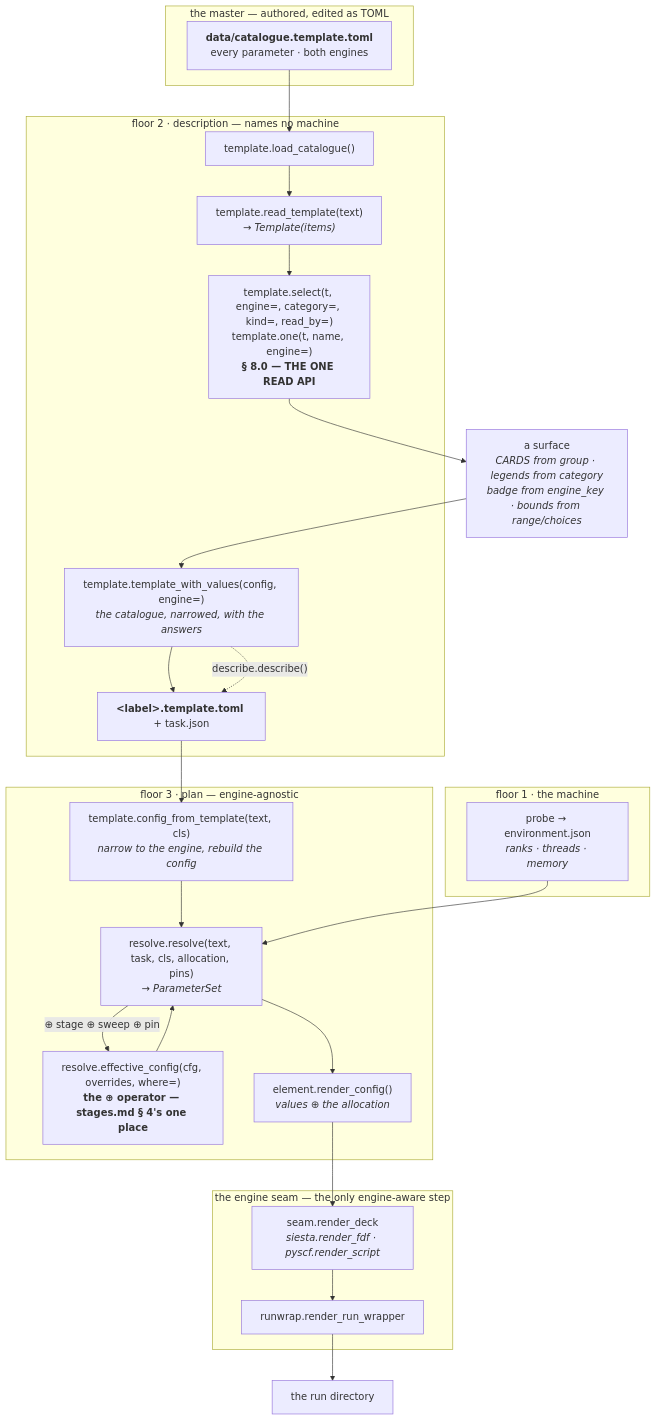
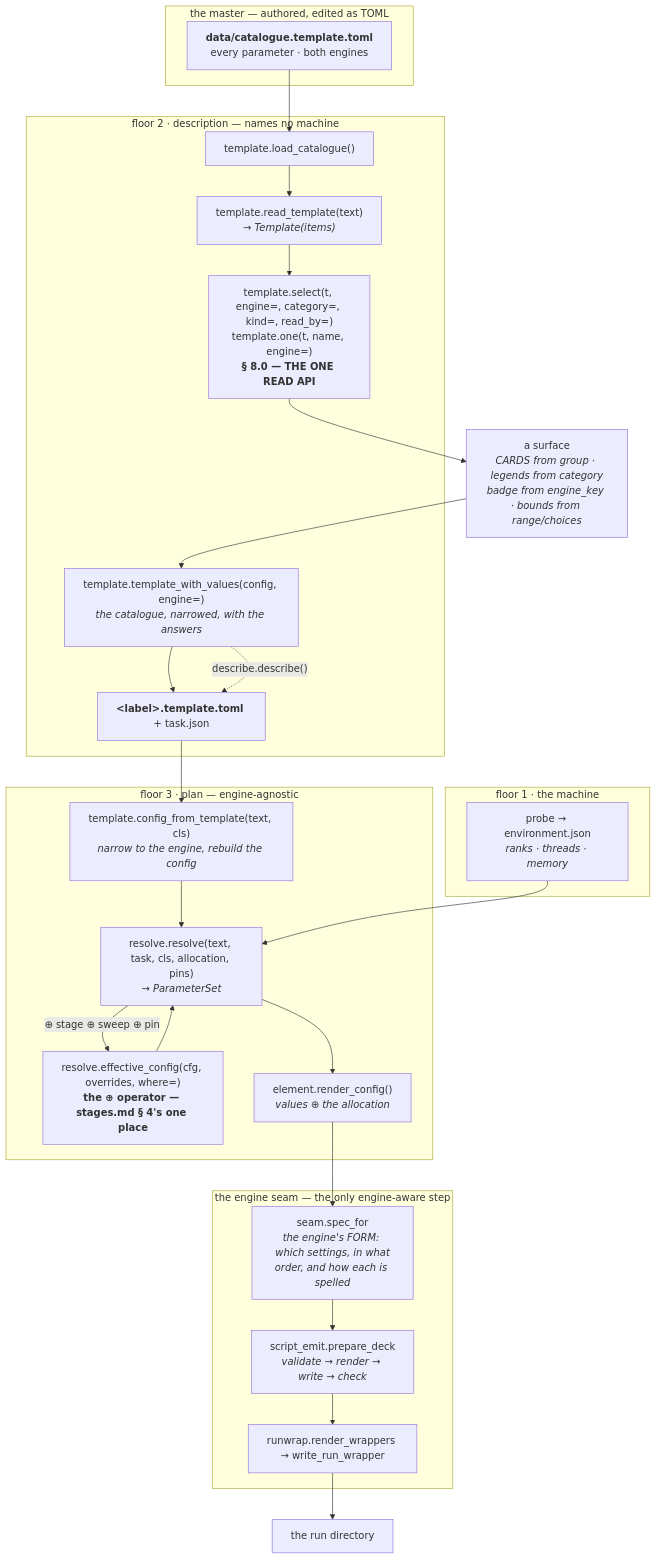
One commit to Qing-LAB/molbuilder changed the sixth of 9 diagrams in docs/engines/template.md. Above: the diagram before and after it, drawn with Mermaid. The commit also changed other lines of this file and 106 other files, not shown here.

First line of the commit message:
refactor(prep): the seam carries the engine's FORM, and the layout is a table

````diff
--- a/docs/engines/template.md
+++ b/docs/engines/template.md
@@ -1621,40 +1676,41 @@
 ```mermaid
 flowchart TD
     subgraph F0["the master — authored, edited as TOML"]
       CAT["<b>data/catalogue.template.toml</b><br/>every parameter · both engines"]
     end
 
     subgraph F2["floor 2 · description — names no machine"]
       LOAD["template.load_catalogue()"]
       READ["template.read_template(text)<br/><i>→ Template(items)</i>"]
       SEL["template.select(t, engine=, category=, kind=, read_by=)<br/>template.one(t, name, engine=)<br/><b>§ 8.0 — THE ONE READ API</b>"]
       TWV["template.template_with_values(config, engine=)<br/><i>the catalogue, narrowed, with the answers</i>"]
       TPL["<b>&lt;label&gt;.template.toml</b> + task.json"]
     end
 
     subgraph F1["floor 1 · the machine"]
       ENV["probe → environment.json<br/><i>ranks · threads · memory</i>"]
     end
 
     subgraph F3["floor 3 · plan — engine-agnostic"]
       CFT["template.config_from_template(text, cls)<br/><i>narrow to the engine, rebuild the config</i>"]
       EFF["resolve.effective_config(cfg, overrides, where=)<br/><b>the ⊕ operator — stages.md § 4's one place</b>"]
       RES["resolve.resolve(text, task, cls, allocation, pins)<br/><i>→ ParameterSet</i>"]
       RC["element.render_config()<br/><i>values ⊕ the allocation</i>"]
     end
 
     subgraph FE["the engine seam — the only engine-aware step"]
-      DECK["seam.render_deck<br/><i>siesta.render_fdf · pyscf.render_script</i>"]
-      WRAP["runwrap.render_run_wrapper"]
+      SPEC["seam.spec_for<br/><i>the engine's FORM: which settings, in what<br/>order, and how each is spelled</i>"]
+      DECK["script_emit.prepare_deck<br/><i>validate → render → write → check</i>"]
+      WRAP["runwrap.render_wrappers → write_run_wrapper"]
     end
 
     CAT --> LOAD --> READ --> SEL
     SEL --> UI["a surface<br/><i>CARDS from group · legends from category<br/>badge from engine_key · bounds from range/choices</i>"]
     UI --> TWV --> TPL
     TWV -.->|"describe.describe()"| TPL
     TPL --> CFT --> RES
     ENV --> RES
     RES -->|"⊕ stage ⊕ sweep ⊕ pin"| EFF
     EFF --> RES
-    RES --> RC --> DECK --> WRAP --> RUN["the run directory"]
+    RES --> RC --> SPEC --> DECK --> WRAP --> RUN["the run directory"]
 ```
````
